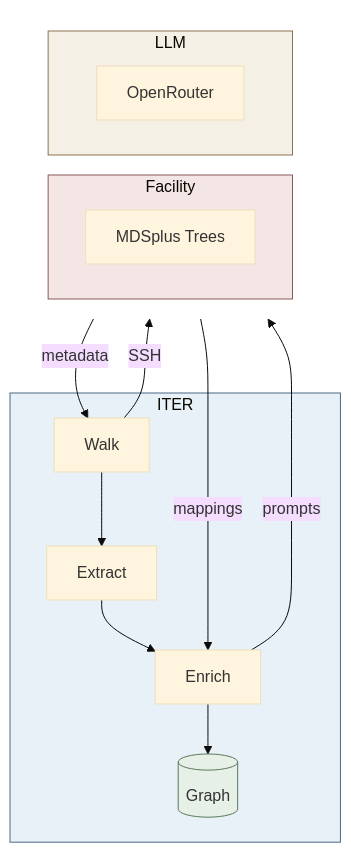
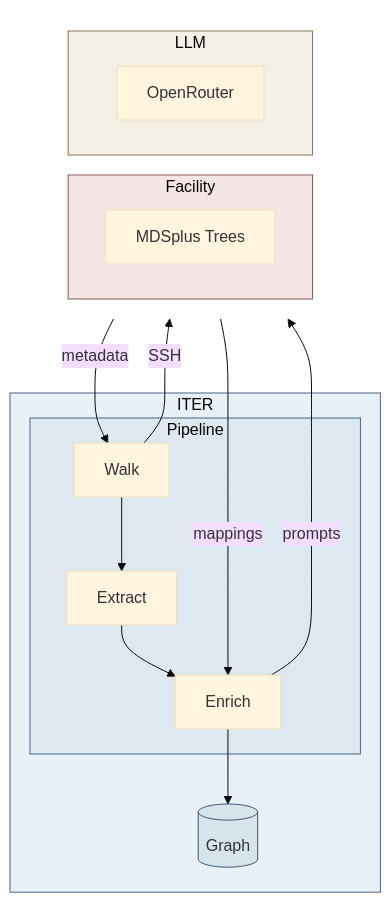
The fourth of 5 diagrams in docs/architecture/facility-access.md (iterorganization/imas-mcp), drawn with Mermaid (base theme) before and after one commit. The commit also changed other lines of this file, not shown here.

First line of the commit message:
docs: match pipeline diagrams to hero graph style

````diff
--- a/docs/architecture/facility-access.md
+++ b/docs/architecture/facility-access.md
@@ -178,33 +181,36 @@
 ```mermaid
 flowchart TB
     subgraph TOP[" "]
         direction LR
         subgraph FAC["Facility"]
             TREE["MDSplus Trees"]
         end
         subgraph LLM["LLM"]
             L["OpenRouter"]
         end
     end
 
     subgraph ITER["ITER"]
-        WALK["Walk"]
-        EXTRACT["Extract"]
-        ENRICH["Enrich"]
+        subgraph PIPE["Pipeline"]
+            WALK["Walk"]
+            EXTRACT["Extract"]
+            ENRICH["Enrich"]
+        end
         GRAPH[("Graph")]
     end
 
     TREE -- "metadata" --> WALK
     WALK -- "SSH" --> TREE
     WALK --> EXTRACT
     EXTRACT --> ENRICH
     ENRICH --> GRAPH
     L -- "mappings" --> ENRICH
     ENRICH -- "prompts" --> L
 
     style TOP fill:none,stroke:none
     style FAC fill:#f5e6e6,stroke:#8b5a5a
     style ITER fill:#e8f0f8,stroke:#4a6785
+    style PIPE fill:#dde8f0,stroke:#4a6785
     style LLM fill:#f5f0e6,stroke:#8b7355
-    style GRAPH fill:#e6f0e6,stroke:#5a7a5a
+    style GRAPH fill:#d8e4ec,stroke:#3a5a75
 ```
````
